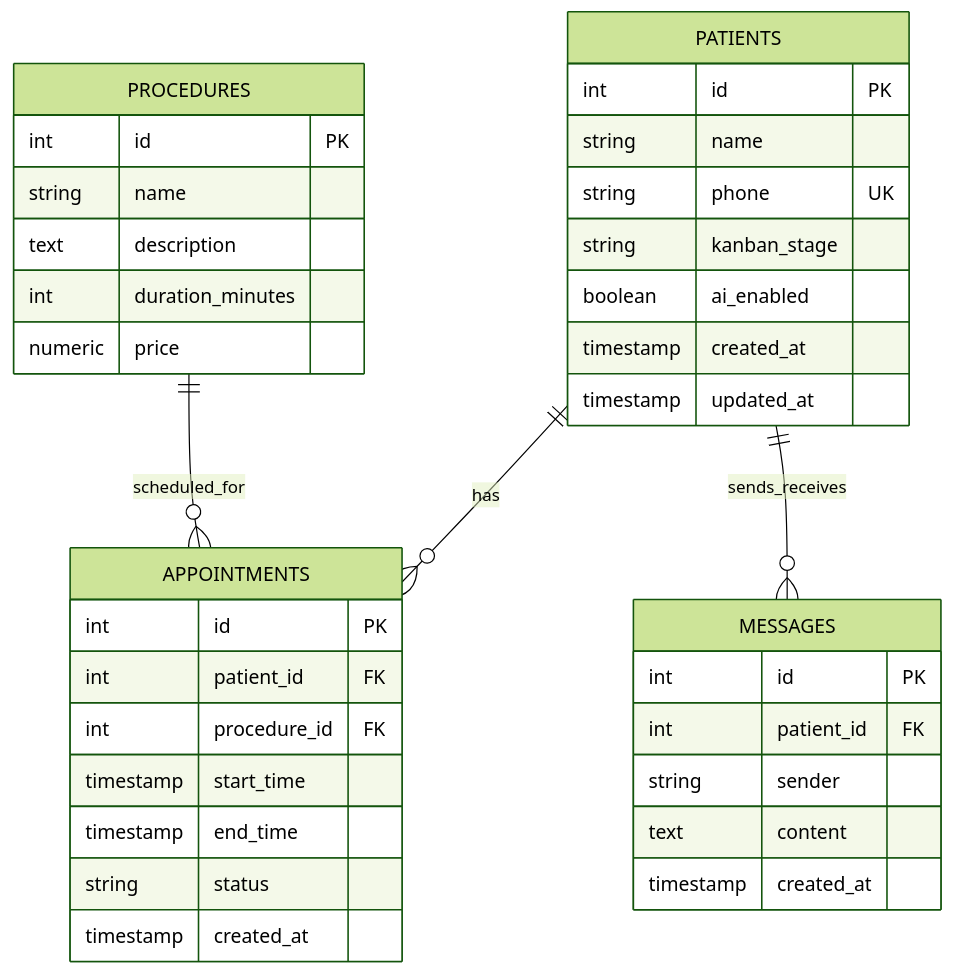
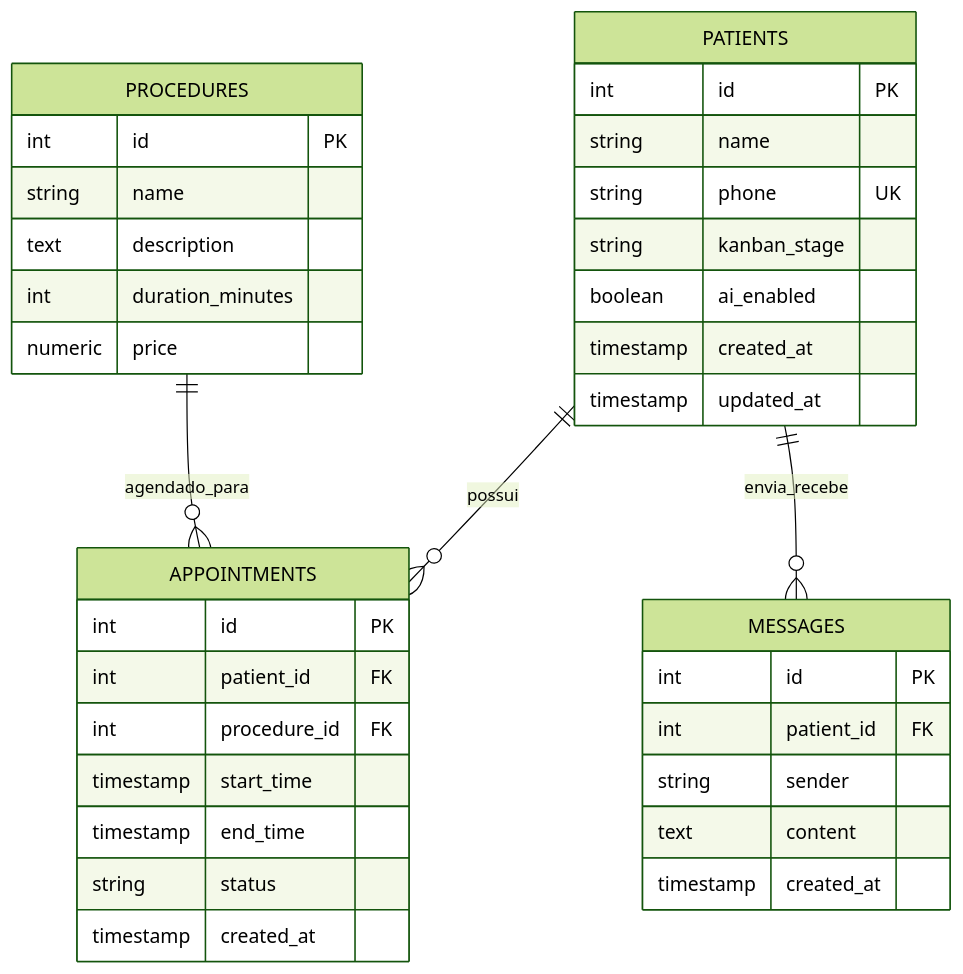
The diagram in specs/001-unic-clinic-system/data-model.md (murillo1994/smartclass), drawn with Mermaid (forest theme) before and after one commit. The commit also changed other lines of this file and 6 other files, not shown here.

````diff
--- a/specs/001-unic-clinic-system/data-model.md
+++ b/specs/001-unic-clinic-system/data-model.md
@@ -7,42 +7,42 @@
 ```mermaid
 erDiagram
-    PATIENTS ||--o{ APPOINTMENTS : has
-    PATIENTS ||--o{ MESSAGES : sends_receives
-    PROCEDURES ||--o{ APPOINTMENTS : scheduled_for
+    PATIENTS ||--o{ APPOINTMENTS : possui
+    PATIENTS ||--o{ MESSAGES : envia_recebe
+    PROCEDURES ||--o{ APPOINTMENTS : agendado_para
     
     PATIENTS {
         int id PK
         string name
         string phone UK
         string kanban_stage
         boolean ai_enabled
         timestamp created_at
         timestamp updated_at
     }
     
     PROCEDURES {
         int id PK
         string name
         text description
         int duration_minutes
         numeric price
     }
     
     APPOINTMENTS {
         int id PK
         int patient_id FK
         int procedure_id FK
         timestamp start_time
         timestamp end_time
         string status
         timestamp created_at
     }
     
     MESSAGES {
         int id PK
         int patient_id FK
         string sender
         text content
         timestamp created_at
     }
 ```
````
